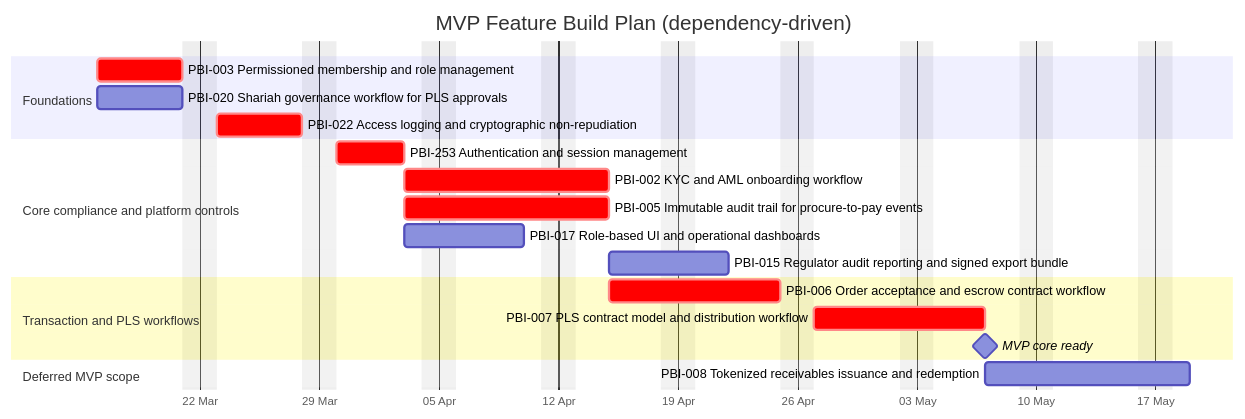
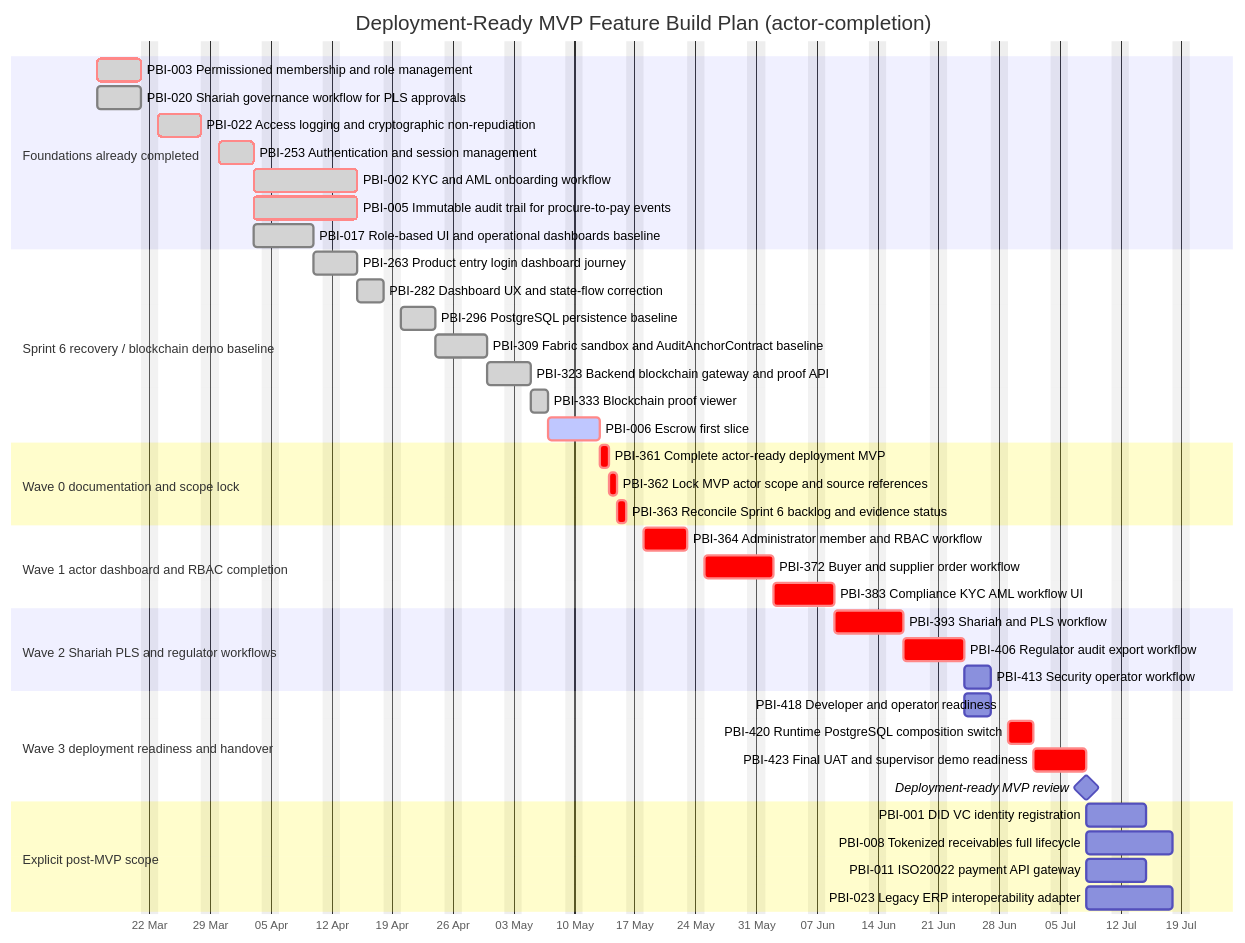
The diagram in backlog/plan.mermaid (raichiiiiiii/Blockchain-Based-E-Procurement-System), drawn with Mermaid before and after one commit.

Commit message:
docs(backlog): add deployment-ready product roadmap plan

```diff
--- a/backlog/plan.mermaid
+++ b/backlog/plan.mermaid
@@ -1,25 +1,50 @@
 gantt
-    title MVP Feature Build Plan (dependency-driven)
+    title Deployment-Ready MVP Feature Build Plan (actor-completion)
     dateFormat  YYYY-MM-DD
     axisFormat  %d %b
     excludes    weekends
 
-    section Foundations
-    PBI-003 Permissioned membership and role management :crit, pbi003, 2026-03-16, 5d
-    PBI-020 Shariah governance workflow for PLS approvals :pbi020, 2026-03-16, 5d
-    PBI-022 Access logging and cryptographic non-repudiation :crit, pbi022, after pbi003, 5d
+    section Foundations already completed
+    PBI-003 Permissioned membership and role management :done, crit, pbi003, 2026-03-16, 5d
+    PBI-020 Shariah governance workflow for PLS approvals :done, pbi020, 2026-03-16, 5d
+    PBI-022 Access logging and cryptographic non-repudiation :done, crit, pbi022, after pbi003, 5d
+    PBI-253 Authentication and session management :done, crit, pbi253, after pbi022, 4d
+    PBI-002 KYC and AML onboarding workflow :done, crit, pbi002, after pbi253, 8d
+    PBI-005 Immutable audit trail for procure-to-pay events :done, crit, pbi005, after pbi253, 8d
+    PBI-017 Role-based UI and operational dashboards baseline :done, pbi017, after pbi253, 5d
 
-    section Core compliance and platform controls
-    PBI-253 Authentication and session management :crit, pbi253, after pbi022, 4d
-    PBI-002 KYC and AML onboarding workflow :crit, pbi002, after pbi253, 8d
-    PBI-005 Immutable audit trail for procure-to-pay events :crit, pbi005, after pbi253, 8d
-    PBI-017 Role-based UI and operational dashboards :pbi017, after pbi253, 5d
-    PBI-015 Regulator audit reporting and signed export bundle :pbi015, after pbi005, 5d
+    section Sprint 6 recovery / blockchain demo baseline
+    PBI-263 Product entry login dashboard journey :done, pbi263, after pbi017, 3d
+    PBI-282 Dashboard UX and state-flow correction :done, pbi282, after pbi263, 3d
+    PBI-296 PostgreSQL persistence baseline :done, pbi296, after pbi282, 4d
+    PBI-309 Fabric sandbox and AuditAnchorContract baseline :done, pbi309, after pbi296, 4d
+    PBI-323 Backend blockchain gateway and proof API :done, pbi323, after pbi309, 3d
+    PBI-333 Blockchain proof viewer :done, pbi333, after pbi323, 2d
+    PBI-006 Escrow first slice :active, crit, pbi006, after pbi333, 4d
 
-    section Transaction and PLS workflows
-    PBI-006 Order acceptance and escrow contract workflow :crit, pbi006, after pbi005, 8d
-    PBI-007 PLS contract model and distribution workflow :crit, pbi007, after pbi006, 8d
-    MVP core ready :milestone, mvpready, after pbi007, 0d
+    section Wave 0 documentation and scope lock
+    PBI-361 Complete actor-ready deployment MVP :crit, pbi361, after pbi006, 1d
+    PBI-362 Lock MVP actor scope and source references :crit, pbi362, after pbi361, 1d
+    PBI-363 Reconcile Sprint 6 backlog and evidence status :crit, pbi363, after pbi362, 1d
 
-    section Deferred MVP scope
-    PBI-008 Tokenized receivables issuance and redemption :pbi008, after pbi007, 8d
+    section Wave 1 actor dashboard and RBAC completion
+    PBI-364 Administrator member and RBAC workflow :crit, pbi364, after pbi363, 5d
+    PBI-372 Buyer and supplier order workflow :crit, pbi372, after pbi364, 6d
+    PBI-383 Compliance KYC AML workflow UI :crit, pbi383, after pbi372, 5d
+
+    section Wave 2 Shariah PLS and regulator workflows
+    PBI-393 Shariah and PLS workflow :crit, pbi393, after pbi383, 6d
+    PBI-406 Regulator audit export workflow :crit, pbi406, after pbi393, 5d
+    PBI-413 Security operator workflow :pbi413, after pbi406, 3d
+
+    section Wave 3 deployment readiness and handover
+    PBI-418 Developer and operator readiness :pbi418, after pbi406, 3d
+    PBI-420 Runtime PostgreSQL composition switch :crit, pbi420, after pbi418, 3d
+    PBI-423 Final UAT and supervisor demo readiness :crit, pbi423, after pbi420, 4d
+    Deployment-ready MVP review :milestone, deploymentready, after pbi423, 0d
+
+    section Explicit post-MVP scope
+    PBI-001 DID VC identity registration :pbi001, after deploymentready, 5d
+    PBI-008 Tokenized receivables full lifecycle :pbi008, after deploymentready, 8d
+    PBI-011 ISO20022 payment API gateway :pbi011, after deploymentready, 5d
+    PBI-023 Legacy ERP interoperability adapter :pbi023, after deploymentready, 8d
```
